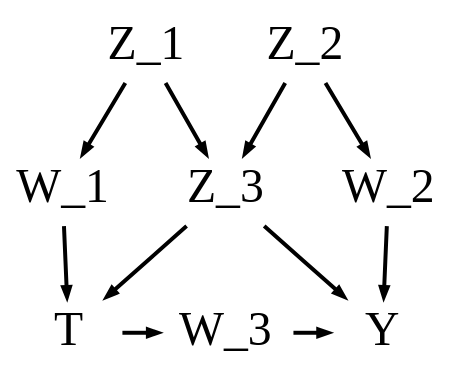
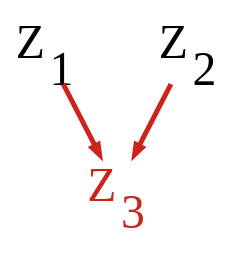
Before and after one commit to gerasy1987/PSCI8357: the fourth of 11 diagrams in lectures/03_regression.qmd, drawn with Graphviz. The commit also changed other lines of this file and 1 other file, not shown here.

````diff
--- a/lectures/03_regression.qmd
+++ b/lectures/03_regression.qmd
@@ -1214,31 +1273,23 @@
 ```{dot}
-//| fig-width: 4
-//| fig-height: 3
+//| fig-width: 3
+//| fig-height: 2.5
 //| fig-align: center
 digraph G {
   bgcolor="transparent"
   rankdir="TB"
   edge [
-		arrowsize=0.5, labeldistance=3, penwidth=2]
+		arrowsize=0.5, labeldistance=3, penwidth=2.5]
   node [
     shape=plaintext,fontsize=24,penwidth=2]
-    // Nodes
-    T;
-    Y;
-    Z_1;
-    Z_2;
-    Z_3;
+    Z1 [label=<Z<SUB>1</SUB>>];
+    Z2 [label=<Z<SUB>2</SUB>>];
+    // Collider highlighted
+    Z3 [label=<Z<SUB>3</SUB>>, fontcolor="#cc241d"];
 
-    // Edges
-    Z_1 -> W_1 -> T;
-    Z_1 -> Z_3;
-    Z_2 -> W_2 -> Y;
-    Z_2 -> Z_3;
-    Z_3 -> T;
-    Z_3 -> Y;
-    T -> W_3 -> Y;
-    {{ rank=min; Z_1;Z_2};}
-    {{ rank=same; W_1;Z_3;W_2};}
-    {{ rank=max; T;W_3;Y};}
+    // Arrows pointing INTO collider
+    Z1 -> Z3 [color="#cc241d"];
+    Z2 -> Z3 [color="#cc241d"];
+    {{ rank=min; Z1;Z2};}
+    {{ rank=max; Z3};}
 }
 ```
````
